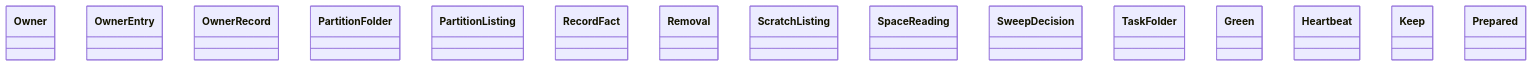
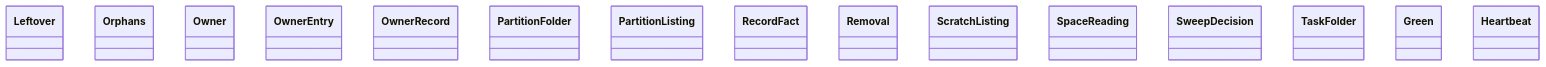
One commit to GonzaloZevallos/agentic-system changed the diagram in docs/architecture/generated/classes-process-domain-machine-3.md. Above: the diagram before and after it, drawn with Mermaid. The commit also changed 3 other files, not shown here.

````diff
--- a/docs/architecture/generated/classes-process-domain-machine-3.md
+++ b/docs/architecture/generated/classes-process-domain-machine-3.md
@@ -33,18 +33,18 @@
 ```mermaid
 classDiagram
+    class scratch__Leftover["Leftover"]
+    class scratch__Orphans["Orphans"]
     class scratch__Owner["Owner"]
     class scratch__OwnerEntry["OwnerEntry"]
     class scratch__OwnerRecord["OwnerRecord"]
     class scratch__PartitionFolder["PartitionFolder"]
     class scratch__PartitionListing["PartitionListing"]
     class scratch__RecordFact["RecordFact"]
     class scratch__Removal["Removal"]
     class scratch__ScratchListing["ScratchListing"]
     class scratch__SpaceReading["SpaceReading"]
     class scratch__SweepDecision["SweepDecision"]
     class scratch__TaskFolder["TaskFolder"]
     class stage0_rotation__Green["Green"]
     class stage0_rotation__Heartbeat["Heartbeat"]
-    class stage0_rotation__Keep["Keep"]
-    class stage0_rotation__Prepared["Prepared"]
 ```
````
